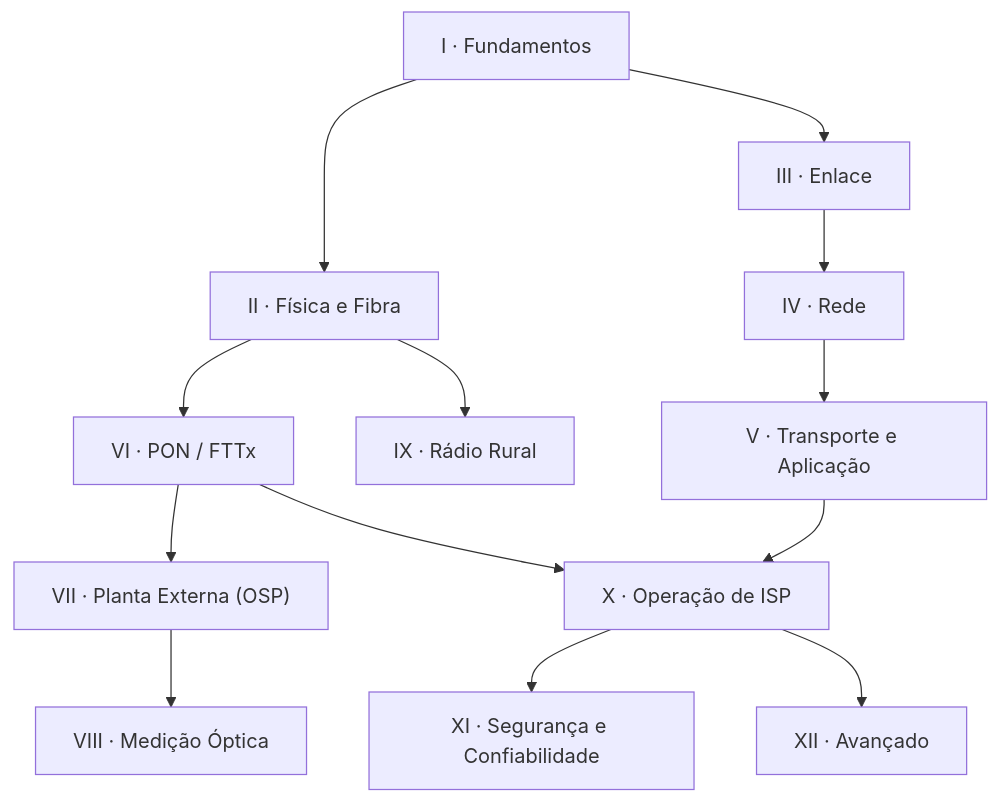
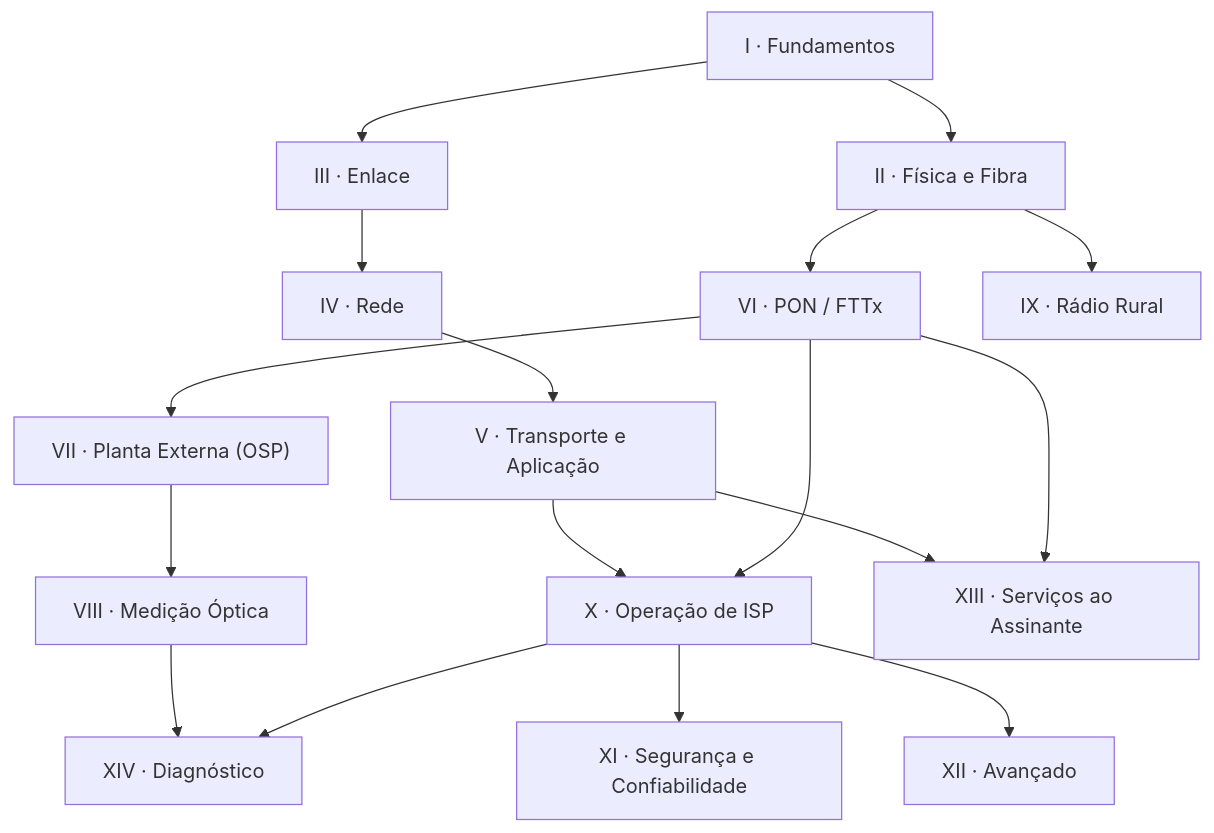
The diagram in index.qmd (VitorMattosDev/manual-redes), drawn with Mermaid before and after one commit. The commit also changed 9 other files, not shown here.

First line of the commit message:
Partes XIII-XIV e apendices: cobre lacunas (Wi-Fi, VoIP, IPTV, troubleshooting, config, regulatorio)

````diff
--- a/index.qmd
+++ b/index.qmd
@@ -22,15 +22,19 @@
 ```{mermaid}
 flowchart TD
   I["I · Fundamentos"] --> II["II · Física e Fibra"]
   I --> III["III · Enlace"]
   III --> IV["IV · Rede"]
   IV --> V["V · Transporte e Aplicação"]
   II --> VI["VI · PON / FTTx"]
   VI --> VII["VII · Planta Externa (OSP)"]
   VII --> VIII["VIII · Medição Óptica"]
   II --> IX["IX · Rádio Rural"]
   V --> X["X · Operação de ISP"]
   VI --> X
   X --> XI["XI · Segurança e Confiabilidade"]
   X --> XII["XII · Avançado"]
+  V --> XIII["XIII · Serviços ao Assinante"]
+  VI --> XIII
+  VIII --> XIV["XIV · Diagnóstico"]
+  X --> XIV
 ```
````
